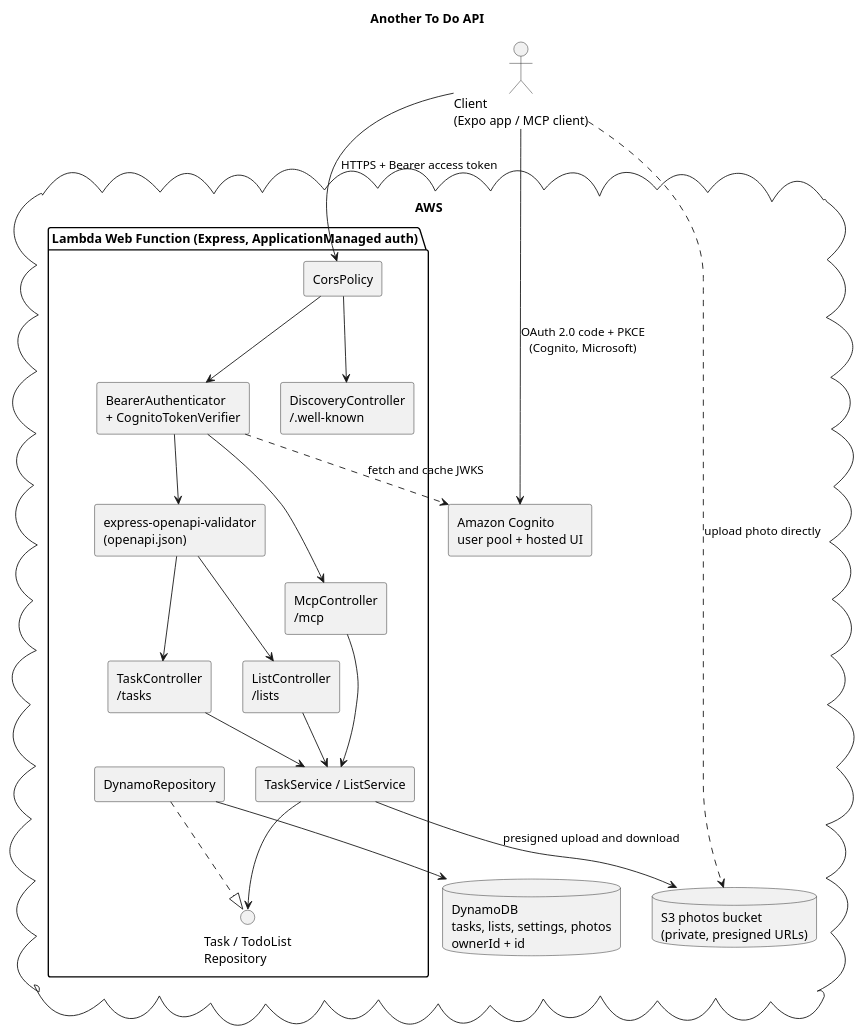
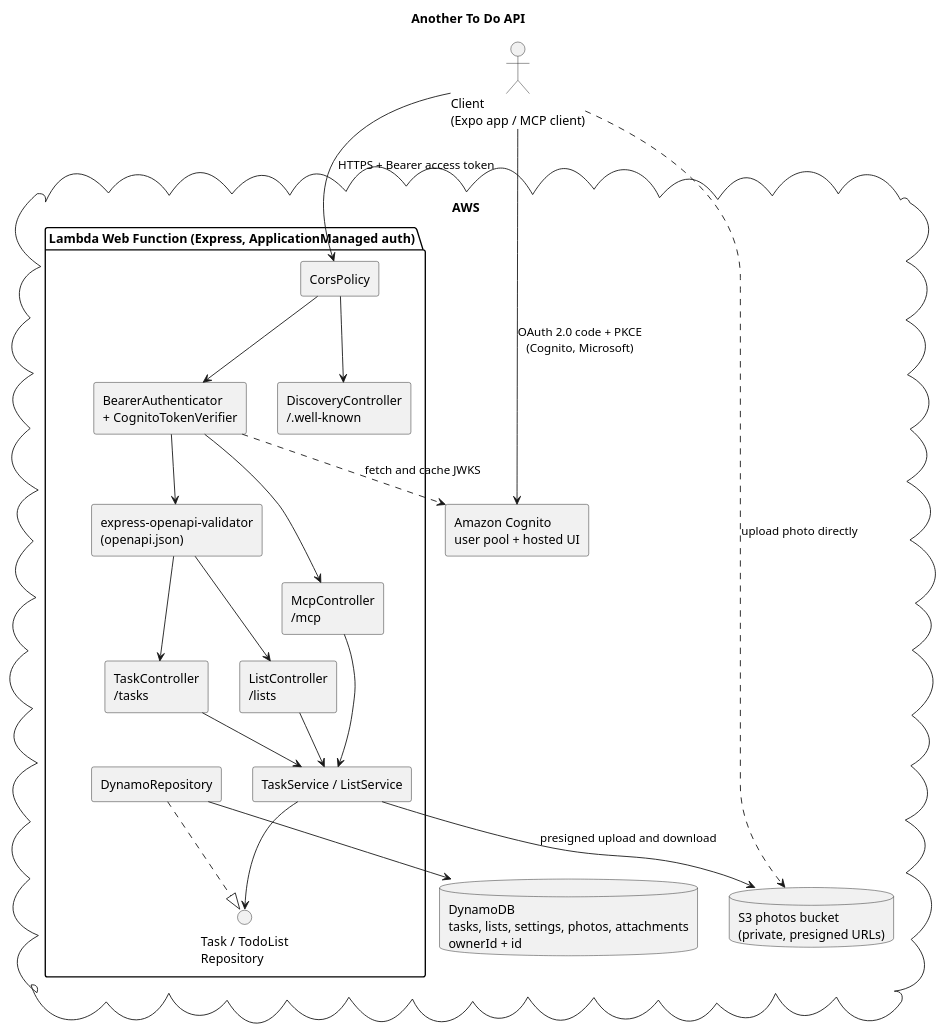
Before and after one commit to oliverphardman/another-todo: the diagram in docs/api.puml, drawn with PlantUML. The commit also changed 28 other files, not shown here.

```diff
--- a/docs/api.puml
+++ b/docs/api.puml
@@ -1,45 +1,45 @@
 @startuml api
 title Another To Do API
 
 skinparam componentStyle rectangle
 
 actor "Client\n(Expo app / MCP client)" as Client
 
 cloud "AWS" {
   component "Amazon Cognito\nuser pool + hosted UI" as Cognito
 
   package "Lambda Web Function (Express, ApplicationManaged auth)" {
     component "CorsPolicy" as Cors
     component "BearerAuthenticator\n+ CognitoTokenVerifier" as Auth
     component "express-openapi-validator\n(openapi.json)" as Validator
     component "TaskController\n/tasks" as Tasks
     component "ListController\n/lists" as Lists
     component "McpController\n/mcp" as Mcp
     component "DiscoveryController\n/.well-known" as Discovery
     component "TaskService / ListService" as Service
     interface "Task / TodoList\nRepository" as TaskRepository
     component "DynamoRepository" as Repo
   }
 
-  database "DynamoDB\ntasks, lists, settings, photos\nownerId + id" as Table
+  database "DynamoDB\ntasks, lists, settings, photos, attachments\nownerId + id" as Table
   database "S3 photos bucket\n(private, presigned URLs)" as Photos
 }
 
 Client --> Cognito : OAuth 2.0 code + PKCE\n(Cognito, Microsoft)
 Client --> Cors : HTTPS + Bearer access token
 Cors --> Discovery
 Cors --> Auth
 Auth ..> Cognito : fetch and cache JWKS
 Auth --> Validator
 Auth --> Mcp
 Validator --> Tasks
 Validator --> Lists
 Tasks --> Service
 Lists --> Service
 Mcp --> Service
 Service --> TaskRepository
 Repo ..|> TaskRepository
 Repo --> Table
 Service --> Photos : presigned upload and download
 Client ..> Photos : upload photo directly
 @enduml
```
